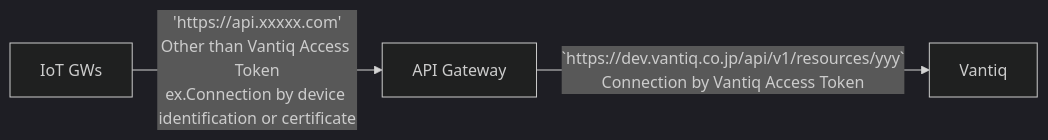
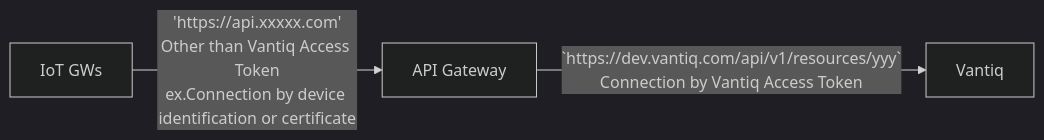
The third of 4 diagrams in vantiq-external-services-integration/docs/en/vantiq-apigw.md (fujitake/vantiq-related), drawn with Mermaid (dark theme) before and after one commit. The commit also changed 41 other files, not shown here.

````diff
--- a/vantiq-external-services-integration/docs/en/vantiq-apigw.md
+++ b/vantiq-external-services-integration/docs/en/vantiq-apigw.md
@@ -50,8 +50,8 @@
 ```mermaid
 flowchart LR
   V[Vantiq]
   A[API Gateway]
   D[IoT GWs]
   D -->|'https://api.xxxxx.com'<br />Other than Vantiq Access Token<br />ex.Connection by device identification or certificate| A
-  A -->|`https://dev.vantiq.co.jp/api/v1/resources/yyy`<br />Connection by Vantiq Access Token| V
+  A -->|`https://dev.vantiq.com/api/v1/resources/yyy`<br />Connection by Vantiq Access Token| V
 ```
````
